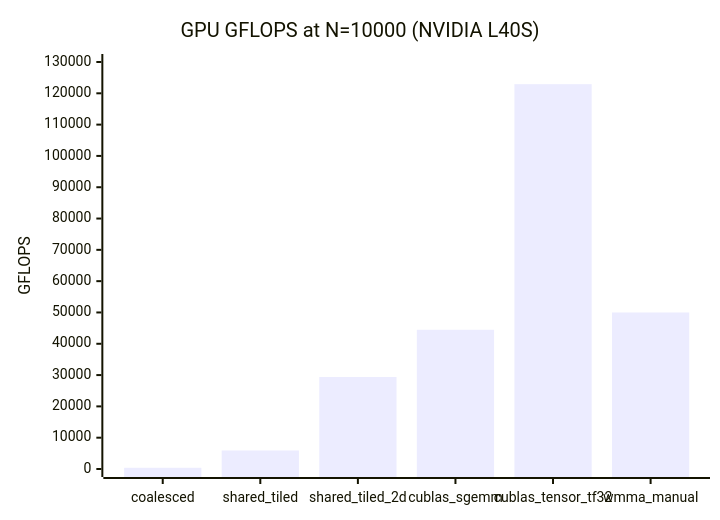
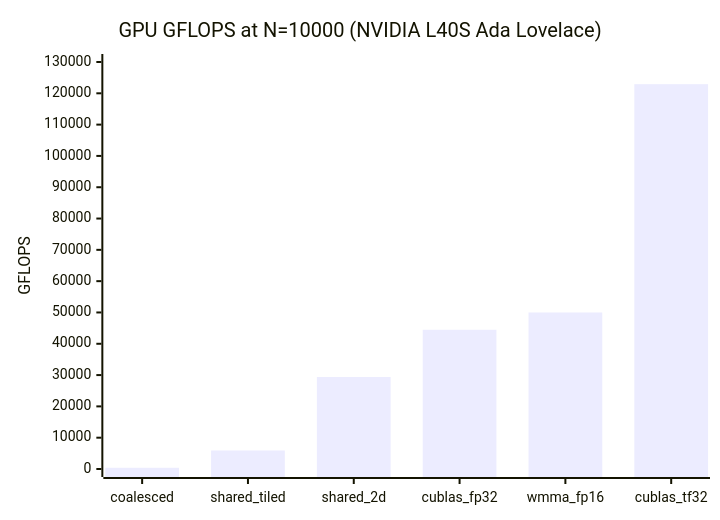
The fifth of 23 diagrams in README.md (KathpaliaChirag/Nanopore-project), drawn with Mermaid before and after one commit. The commit also changed other lines of this file, not shown here.

````diff
--- a/README.md
+++ b/README.md
@@ -179,7 +296,7 @@
 ```mermaid
 xychart-beta
-    title "GPU GFLOPS at N=10000 (NVIDIA L40S)"
-    x-axis ["coalesced", "shared_tiled", "shared_tiled_2d", "cublas_sgemm", "cublas_tensor_tf32", "wmma_manual"]
+    title "GPU GFLOPS at N=10000 (NVIDIA L40S Ada Lovelace)"
+    x-axis ["coalesced", "shared_tiled", "shared_2d", "cublas_fp32", "wmma_fp16", "cublas_tf32"]
     y-axis "GFLOPS" 0 --> 130000
-    bar [384, 5915, 29399, 44475, 122923, 50001]
+    bar [384, 5915, 29399, 44475, 50001, 122923]
 ```
````
